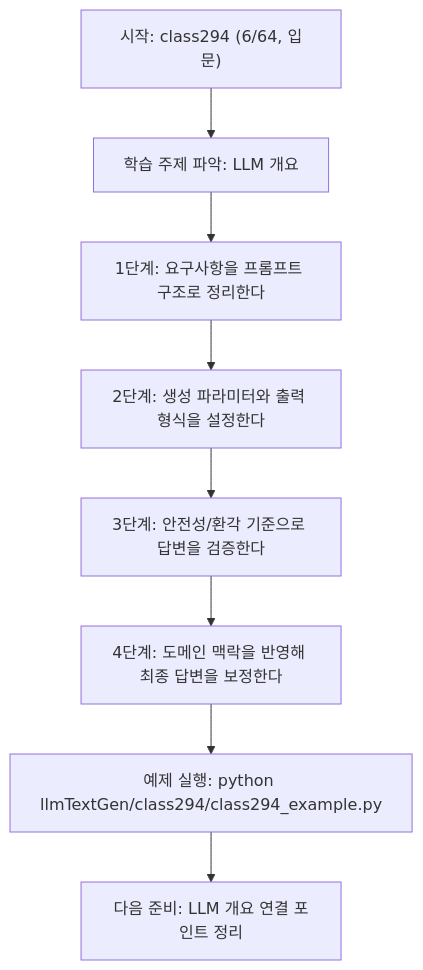
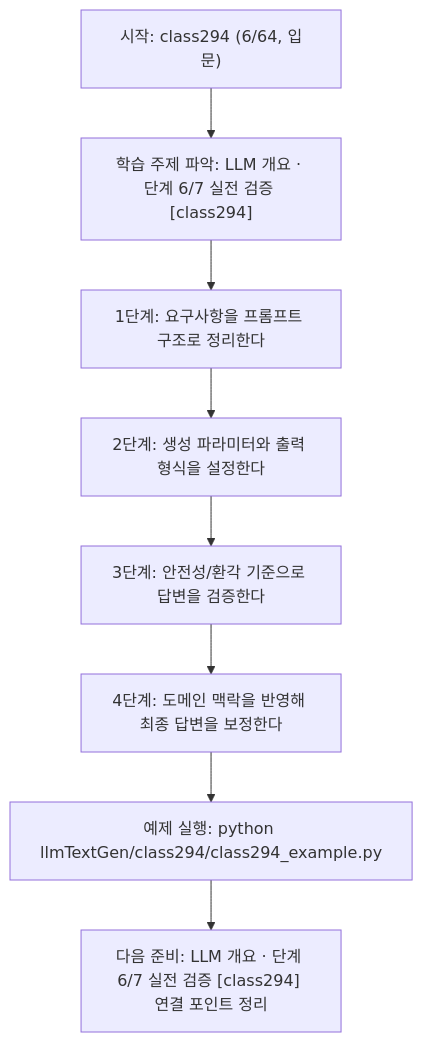
One commit to edumgt/Python-AI_Agent-Class changed the diagram in llmTextGen/class294/class294.md. Above: the diagram before and after it, drawn with Mermaid. The commit also changed other lines of this file and 522 other files, not shown here.

````diff
--- a/llmTextGen/class294/class294.md
+++ b/llmTextGen/class294/class294.md
@@ -112,18 +113,18 @@
 ```mermaid
 flowchart TD
 N1["시작: class294 (6/64, 입문)"]
-N2["학습 주제 파악: LLM 개요"]
+N2["학습 주제 파악: LLM 개요 · 단계 6/7 실전 검증 [class294]"]
 N3["1단계: 요구사항을 프롬프트 구조로 정리한다"]
 N4["2단계: 생성 파라미터와 출력 형식을 설정한다"]
 N5["3단계: 안전성/환각 기준으로 답변을 검증한다"]
 N6["4단계: 도메인 맥락을 반영해 최종 답변을 보정한다"]
 N7["예제 실행: python llmTextGen/class294/class294_example.py"]
-N8["다음 준비: LLM 개요 연결 포인트 정리"]
+N8["다음 준비: LLM 개요 · 단계 6/7 실전 검증 [class294] 연결 포인트 정리"]
 N1 --> N2
 N2 --> N3
 N3 --> N4
 N4 --> N5
 N5 --> N6
 N6 --> N7
 N7 --> N8
 ```
````
